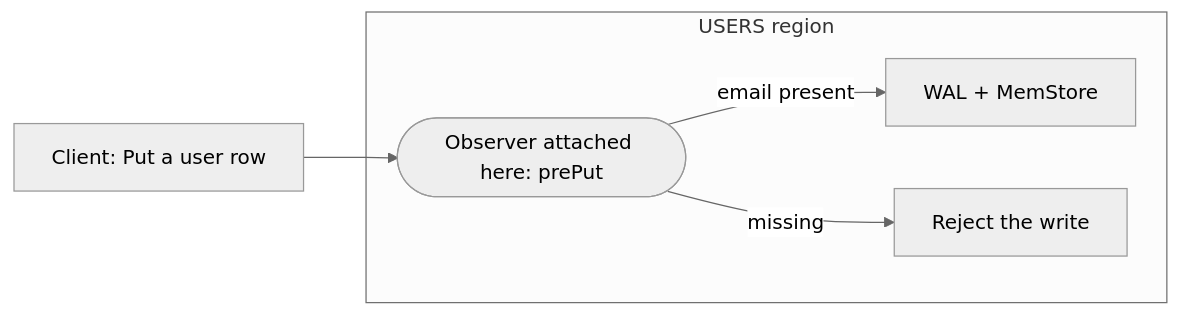
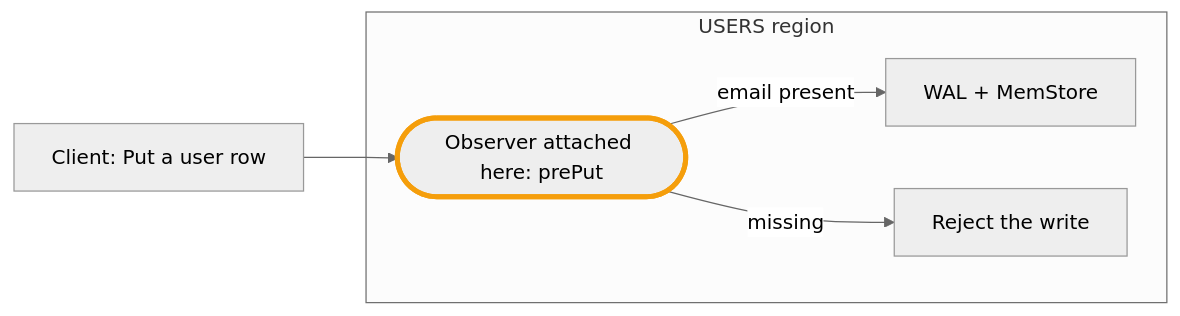
One commit to palashc/palashc.github.io changed the second of 3 diagrams in src/content/blog/phoenix-fundamentals/introduction-to-hbase.md. Above: the diagram before and after it, drawn with Mermaid (neutral theme). The commit also changed other lines of this file and 21 other files, not shown here.

````diff
--- a/src/content/blog/phoenix-fundamentals/introduction-to-hbase.md
+++ b/src/content/blog/phoenix-fundamentals/introduction-to-hbase.md
@@ -147,11 +147,12 @@
 ```mermaid
 flowchart LR
   app["Client: Put a user row"]
   subgraph region [USERS region]
     obs(["Observer attached here: prePut"])
     store["WAL + MemStore"]
     obs -->|"email present"| store
     obs -->|"missing"| reject["Reject the write"]
   end
   app --> obs
+  style obs stroke:#f59e0b,stroke-width:4px
 ```
````
